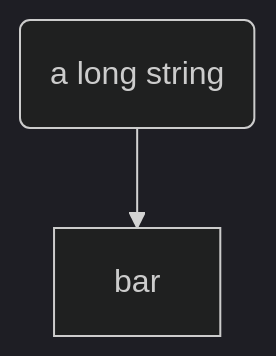
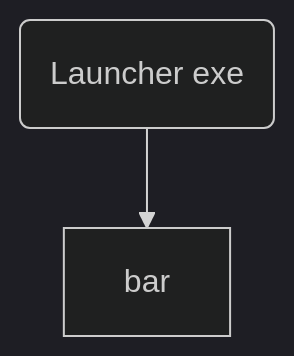
Diagram 16 of 16 in sandbox/MerMaid_diagram_integration.md (funjobie/OpenSwordArtsVR), drawn with Mermaid (dark theme) before and after one commit. The commit also changed other lines of this file, not shown here.

````diff
--- a/sandbox/MerMaid_diagram_integration.md
+++ b/sandbox/MerMaid_diagram_integration.md
@@ -205,4 +205,4 @@
 ```mermaid
 flowchart TD
-    foo(a long string) --> bar
+    foo(Launcher exe) --> bar
 ```
````
